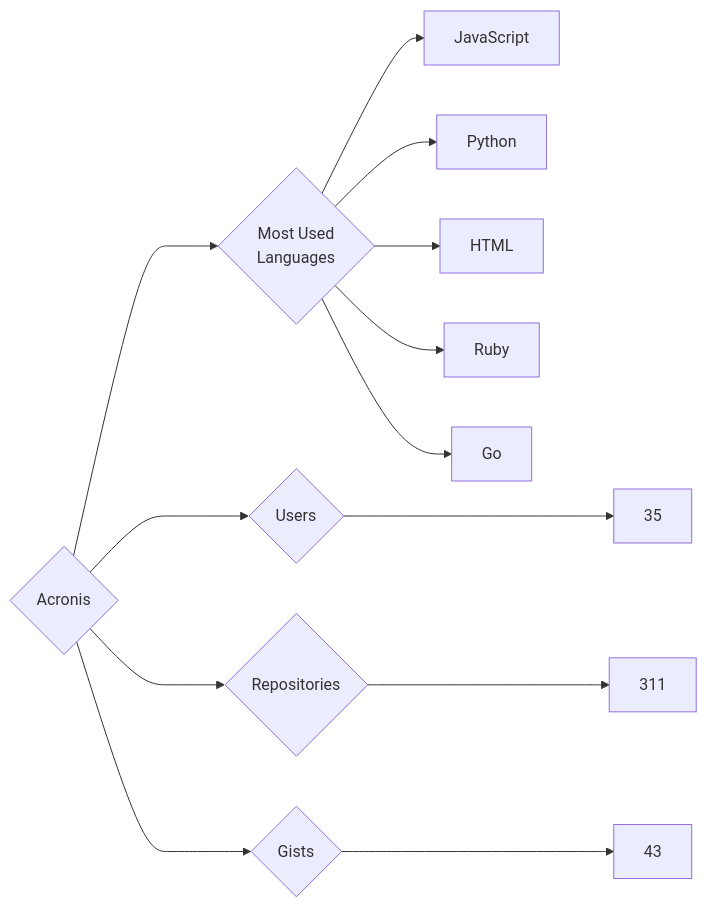
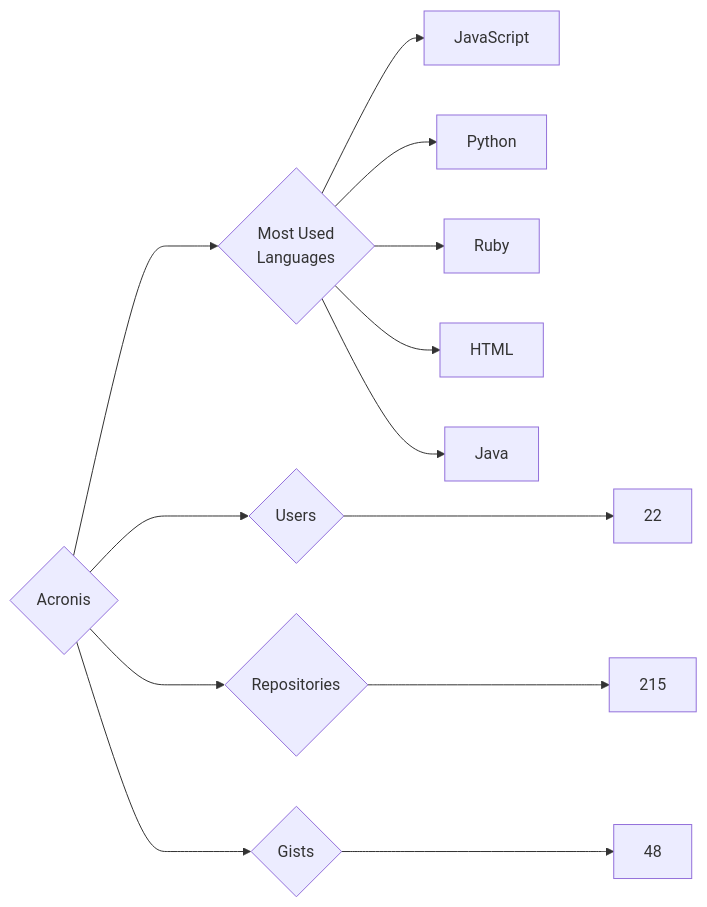
Before and after one commit to trickest/insiders: the diagram in targets/Acronis/README.md, drawn with Mermaid. The commit also changed 752 other files, not shown here.

````diff
--- a/targets/Acronis/README.md
+++ b/targets/Acronis/README.md
@@ -3,13 +3,13 @@
 ```mermaid
 graph LR
 COMPANY_NAME{Acronis}
-COMPANY_NAME ---> U{Users} ---> UN[35]
-COMPANY_NAME ---> R{Repositories} ---> RN[311]
-COMPANY_NAME ---> G{Gists} ---> GN[43]
+COMPANY_NAME ---> U{Users} ---> UN[22]
+COMPANY_NAME ---> R{Repositories} ---> RN[215]
+COMPANY_NAME ---> G{Gists} ---> GN[48]
 COMPANY_NAME ---> ML{Most Used<br>Languages}
 ML --> JavaScript[JavaScript]
 ML --> Python[Python]
+ML --> Ruby[Ruby]
 ML --> HTML[HTML]
-ML --> Ruby[Ruby]
-ML --> Go[Go]
+ML --> Java[Java]
 ```
````
